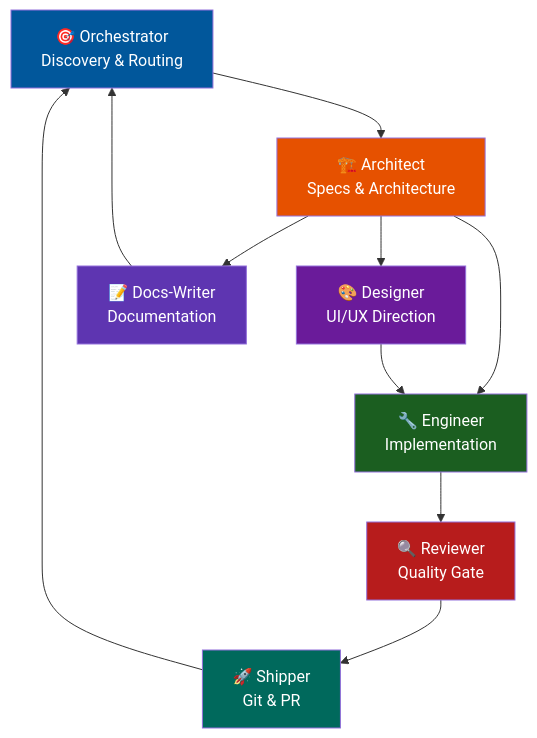
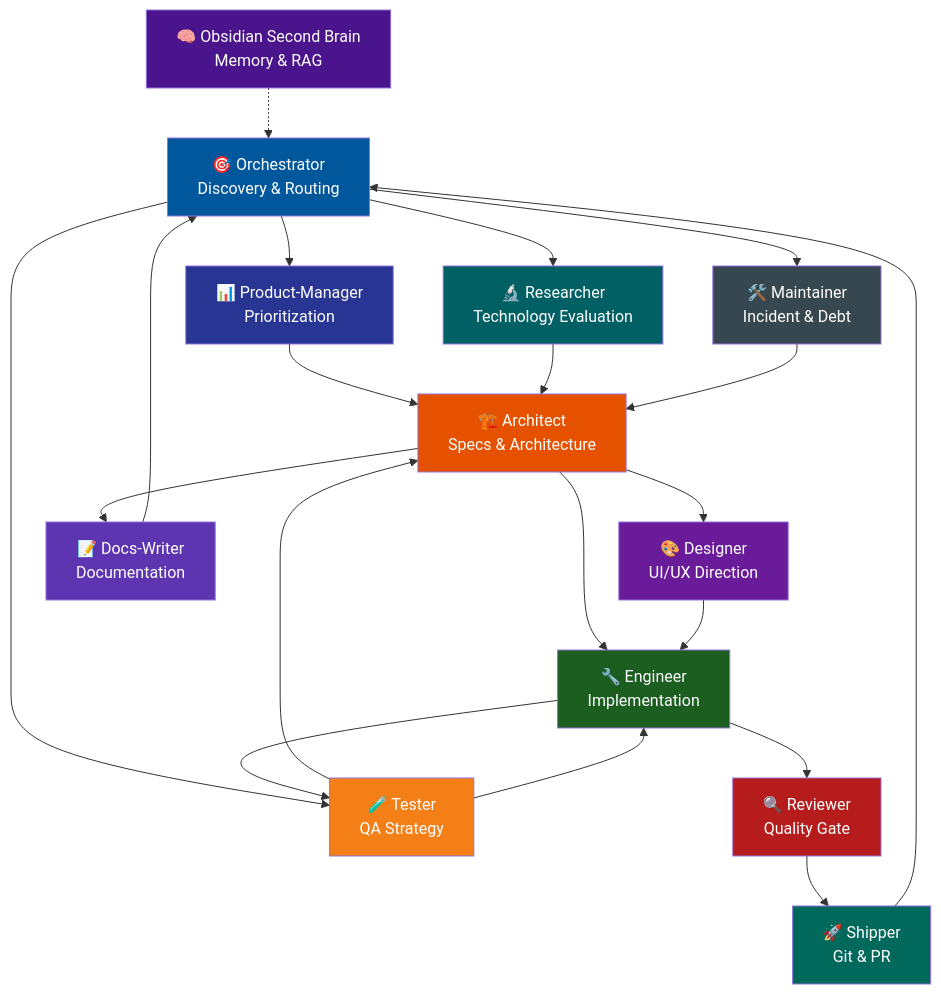
Before and after one commit to leorsousa05/CrewLoop: the diagram in README.md, drawn with Mermaid. The commit also changed other lines of this file and 10 other files, not shown here.

First line of the commit message:
feat(skills): add tester, product-manager, maintainer and researcher

````diff
--- a/README.md
+++ b/README.md
@@ -62,20 +66,36 @@
 ```mermaid
 flowchart TD
-    O["🎯 Orchestrator<br>Discovery & Routing"] --> A["🏗️ Architect<br>Specs & Architecture"]
-    A --> D["🎨 Designer<br>UI/UX Direction"]
+    O["🎯 Orchestrator<br>Discovery & Routing"]
+    O --> PM["📊 Product-Manager<br>Prioritization"]
+    O --> RS["🔬 Researcher<br>Technology Evaluation"]
+    O --> MN["🛠️ Maintainer<br>Incident & Debt"]
+    O --> T["🧪 Tester<br>QA Strategy"]
+    PM --> A
+    RS --> A
+    MN --> A
+    T --> A
+    A["🏗️ Architect<br>Specs & Architecture"] --> D["🎨 Designer<br>UI/UX Direction"]
     A --> E["🔧 Engineer<br>Implementation"]
     A --> W["📝 Docs-Writer<br>Documentation"]
     D --> E
+    E --> T
+    T --> E
     E --> R["🔍 Reviewer<br>Quality Gate"]
     R --> S["🚀 Shipper<br>Git & PR"]
     S --> O
     W --> O
+    OB["🧠 Obsidian Second Brain<br>Memory & RAG"] -.-> O
 
     style O fill:#01579b,color:#fff
     style A fill:#e65100,color:#fff
     style D fill:#6a1b9a,color:#fff
     style E fill:#1b5e20,color:#fff
     style R fill:#b71c1c,color:#fff
     style S fill:#00695c,color:#fff
     style W fill:#5e35b1,color:#fff
+    style T fill:#f57f17,color:#fff
+    style PM fill:#283593,color:#fff
+    style RS fill:#006064,color:#fff
+    style MN fill:#37474f,color:#fff
+    style OB fill:#4a148c,color:#fff
 ```
````
